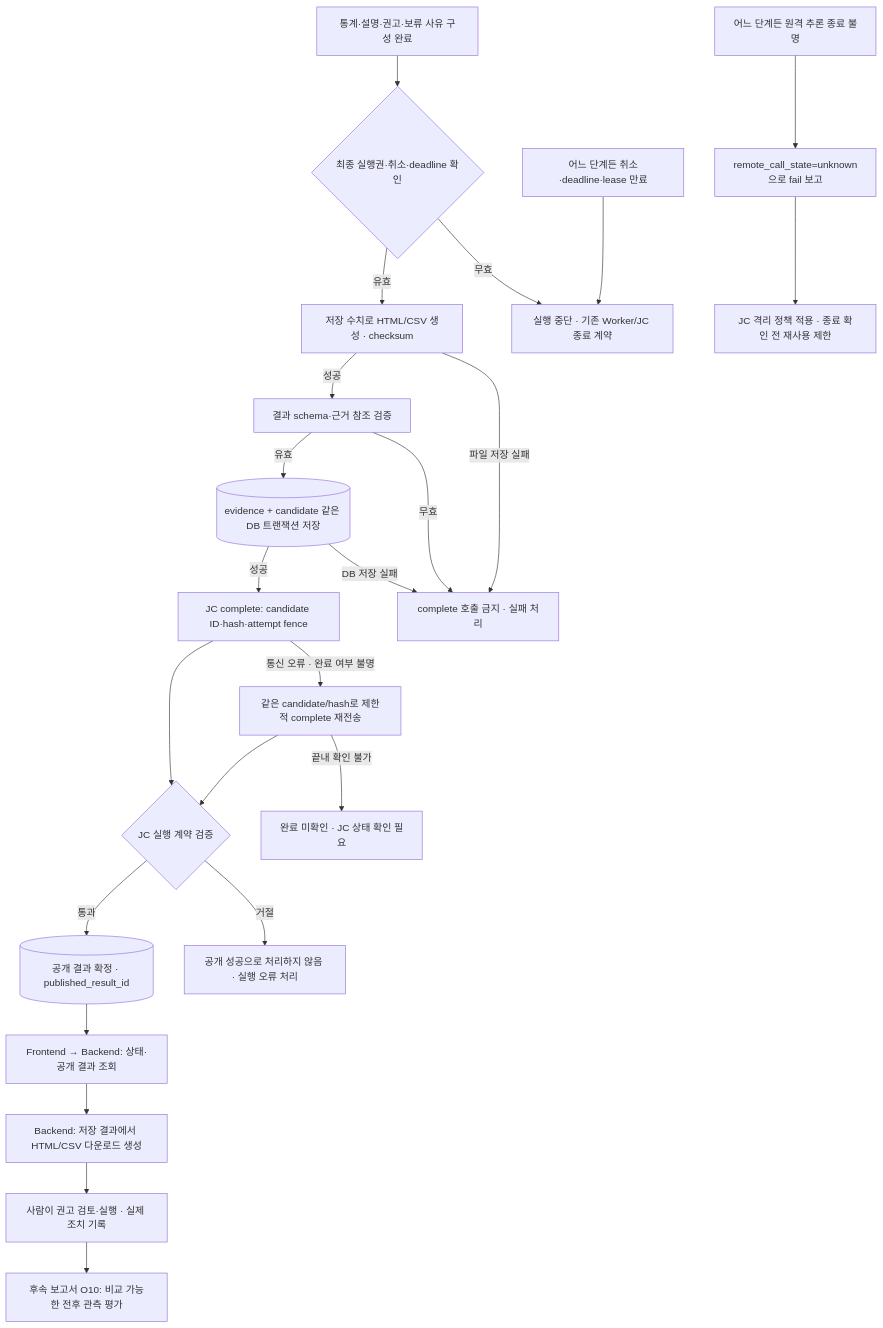
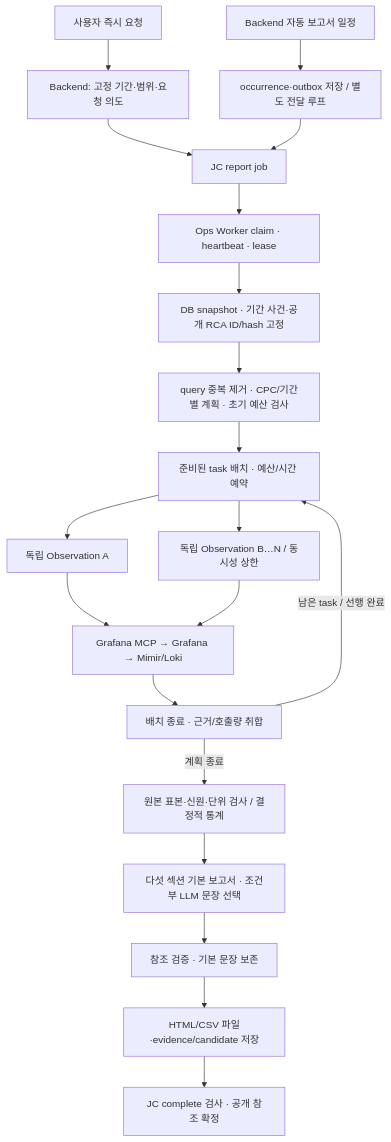
Before and after one commit to uclix-nvidia-sw/gpu-ops-advisor: the diagram in docs/architecture/report-agent-workflow/detailed-workflow.md, drawn with Mermaid. The commit also changed other lines of this file and 17 other files, not shown here.

Commit message:
feat: parallelize planned report observations / 보고서 계획 기반 병렬 관측 구현

````diff
--- a/docs/architecture/report-agent-workflow/detailed-workflow.md
+++ b/docs/architecture/report-agent-workflow/detailed-workflow.md
@@ -151,25 +5,22 @@
 ```mermaid
 flowchart TD
-    A["통계·설명·권고·보류 사유 구성 완료"] --> B{"최종 실행권·취소·deadline 확인"}
-    B -- "유효" --> C["저장 수치로 HTML/CSV 생성 · checksum"]
-    C -- "성공" --> D["결과 schema·근거 참조 검증"]
-    D -- "유효" --> E[("evidence + candidate 같은 DB 트랜잭션 저장")]
-    E -- "성공" --> F["JC complete: candidate ID·hash·attempt fence"]
-    F --> G{"JC 실행 계약 검증"}
-    G -- "통과" --> H[("공개 결과 확정 · published_result_id")]
-    H --> I["Frontend → Backend: 상태·공개 결과 조회"]
-    I --> J["Backend: 저장 결과에서 HTML/CSV 다운로드 생성"]
-    J --> K["사람이 권고 검토·실행 · 실제 조치 기록"]
-    K --> L["후속 보고서 O10: 비교 가능한 전후 관측 평가"]
-    F -- "통신 오류 · 완료 여부 불명" --> M["같은 candidate/hash로 제한적 complete 재전송"]
-    M --> G
-    M -- "끝내 확인 불가" --> N["완료 미확인 · JC 상태 확인 필요"]
-    G -- "거절" --> O["공개 성공으로 처리하지 않음 · 실행 오류 처리"]
-    C -- "파일 저장 실패" --> P["complete 호출 금지 · 실패 처리"]
-    D -- "무효" --> P
-    E -- "DB 저장 실패" --> P
-    B -- "무효" --> Q["실행 중단 · 기존 Worker/JC 종료 계약"]
-    R["어느 단계든 취소·deadline·lease 만료"] --> Q
-    T["어느 단계든 원격 추론 종료 불명"] --> U["remote_call_state=unknown으로 fail 보고"]
-    U --> V["JC 격리 정책 적용 · 종료 확인 전 재사용 제한"]
+    U["사용자 즉시 요청"] --> B["Backend: 고정 기간·범위·요청 의도"]
+    S["Backend 자동 보고서 일정"] --> O["occurrence·outbox 저장 / 별도 전달 루프"]
+    B --> J["JC report job"]
+    O --> J
+    J --> W["Ops Worker claim · heartbeat · lease"]
+    W --> D["DB snapshot · 기간 사건·공개 RCA ID/hash 고정"]
+    D --> P["query 중복 제거 · CPC/기간별 계획 · 초기 예산 검사"]
+    P --> R["준비된 task 배치 · 예산/시간 예약"]
+    R --> A["독립 Observation A"]
+    R --> C["독립 Observation B…N / 동시성 상한"]
+    A --> M["Grafana MCP → Grafana → Mimir/Loki"]
+    C --> M
+    M --> F["배치 종료 · 근거/호출량 취합"]
+    F -- "남은 task / 선행 완료" --> R
+    F -- "계획 종료" --> K["원본 표본·신원·단위 검사 / 결정적 통계"]
+    K --> T["다섯 섹션 기본 보고서 · 조건부 LLM 문장 선택"]
+    T --> V["참조 검증 · 기본 문장 보존"]
+    V --> E["HTML/CSV 파일·evidence/candidate 저장"]
+    E --> Z["JC complete 검사 · 공개 참조 확정"]
 ```
````
